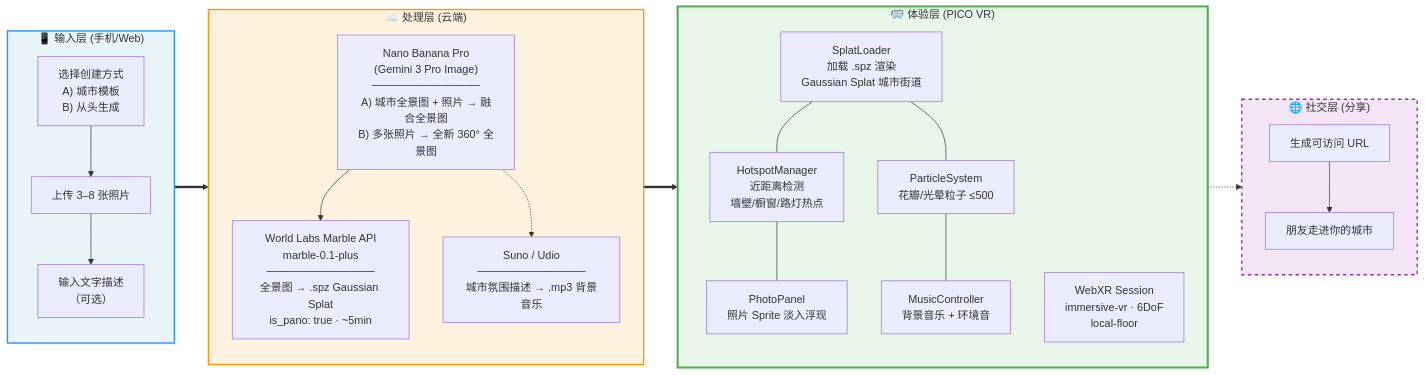
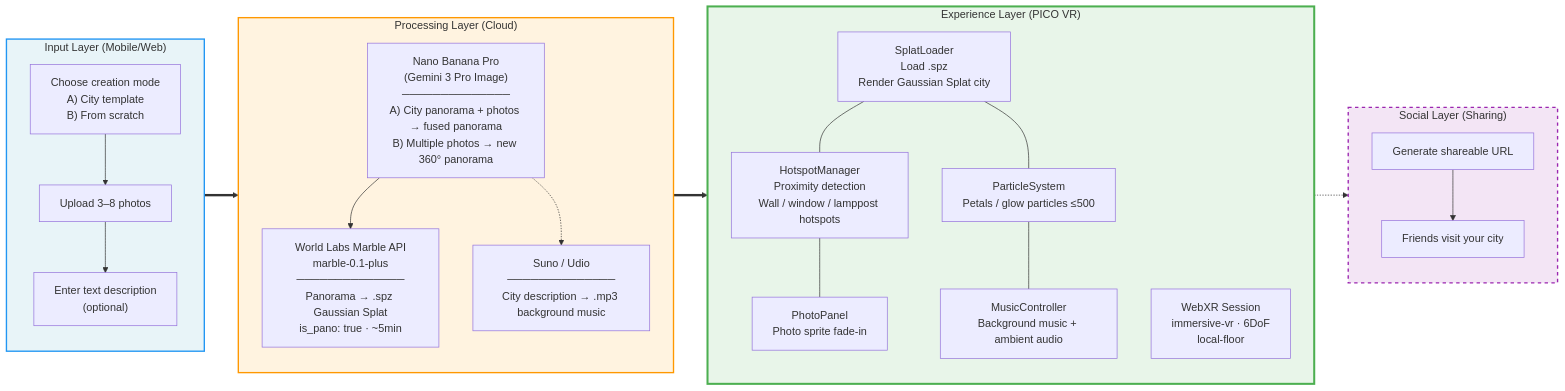
One commit to guanyu-gerry-tao/2026-world-model-hackathon changed the diagram in docs/architecture.md. Above: the diagram before and after it, drawn with Mermaid. The commit also changed other lines of this file and 5 other files, not shown here.

````diff
--- a/docs/architecture.md
+++ b/docs/architecture.md
@@ -10,47 +10,47 @@
 ```mermaid
 flowchart LR
-    subgraph INPUT["📱 输入层 (手机/Web)"]
+    subgraph INPUT["Input Layer (Mobile/Web)"]
         direction TB
-        A1["选择创建方式<br/>A) 城市模板<br/>B) 从头生成"]
-        A2["上传 3–8 张照片"]
-        A3["输入文字描述<br/>（可选）"]
+        A1["Choose creation mode<br/>A) City template<br/>B) From scratch"]
+        A2["Upload 3–8 photos"]
+        A3["Enter text description<br/>(optional)"]
         A1 --> A2 --> A3
     end
 
-    subgraph PROCESS["☁️ 处理层 (云端)"]
+    subgraph PROCESS["Processing Layer (Cloud)"]
         direction TB
-        B1["Nano Banana Pro<br/>(Gemini 3 Pro Image)<br/>──────────────<br/>A) 城市全景图 + 照片 → 融合全景图<br/>B) 多张照片 → 全新 360° 全景图"]
-        B2["World Labs Marble API<br/>marble-0.1-plus<br/>──────────────<br/>全景图 → .spz Gaussian Splat<br/>is_pano: true · ~5min"]
-        B3["Suno / Udio<br/>──────────────<br/>城市氛围描述 → .mp3 背景音乐"]
+        B1["Nano Banana Pro<br/>(Gemini 3 Pro Image)<br/>──────────────<br/>A) City panorama + photos → fused panorama<br/>B) Multiple photos → new 360° panorama"]
+        B2["World Labs Marble API<br/>marble-0.1-plus<br/>──────────────<br/>Panorama → .spz Gaussian Splat<br/>is_pano: true · ~5min"]
+        B3["Suno / Udio<br/>──────────────<br/>City description → .mp3 background music"]
         B1 --> B2
         B1 -.-> B3
     end
 
-    subgraph EXPERIENCE["🥽 体验层 (PICO VR)"]
+    subgraph EXPERIENCE["Experience Layer (PICO VR)"]
         direction TB
-        C1["SplatLoader<br/>加载 .spz 渲染<br/>Gaussian Splat 城市街道"]
-        C2["HotspotManager<br/>近距离检测<br/>墙壁/橱窗/路灯热点"]
-        C3["PhotoPanel<br/>照片 Sprite 淡入浮现"]
-        C4["ParticleSystem<br/>花瓣/光晕粒子 ≤500"]
-        C5["MusicController<br/>背景音乐 + 环境音"]
+        C1["SplatLoader<br/>Load .spz<br/>Render Gaussian Splat city"]
+        C2["HotspotManager<br/>Proximity detection<br/>Wall / window / lamppost hotspots"]
+        C3["PhotoPanel<br/>Photo sprite fade-in"]
+        C4["ParticleSystem<br/>Petals / glow particles ≤500"]
+        C5["MusicController<br/>Background music + ambient audio"]
         C6["WebXR Session<br/>immersive-vr · 6DoF<br/>local-floor"]
         C1 --- C2 --- C3
         C1 --- C4 --- C5
         C6
     end
 
-    subgraph SOCIAL["🌐 社交层 (分享)"]
+    subgraph SOCIAL["Social Layer (Sharing)"]
         direction TB
-        D1["生成可访问 URL"]
-        D2["朋友走进你的城市"]
+        D1["Generate shareable URL"]
+        D2["Friends visit your city"]
         D1 --> D2
     end
 
     INPUT ==> PROCESS ==> EXPERIENCE
     EXPERIENCE -.-> SOCIAL
 
     style INPUT fill:#e8f4f8,stroke:#2196F3,stroke-width:2px
     style PROCESS fill:#fff3e0,stroke:#FF9800,stroke-width:2px
     style EXPERIENCE fill:#e8f5e9,stroke:#4CAF50,stroke-width:3px
     style SOCIAL fill:#f3e5f5,stroke:#9C27B0,stroke-width:2px,stroke-dasharray: 5 5
 ```
````
